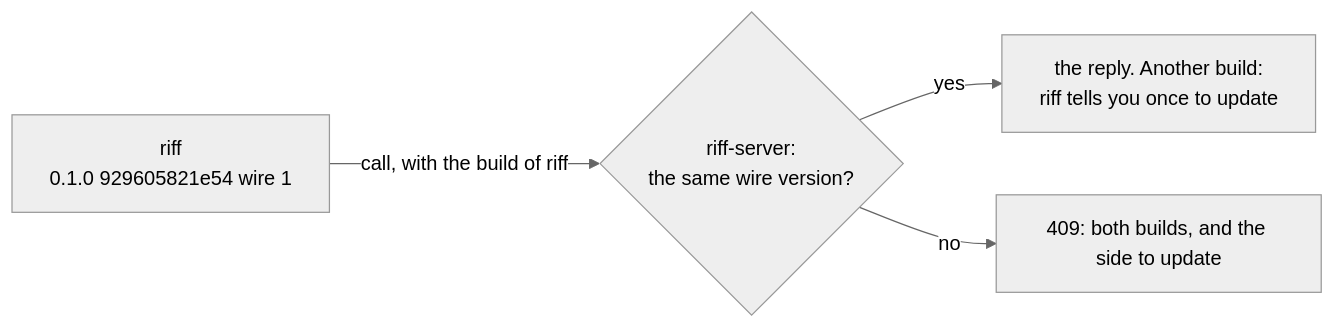
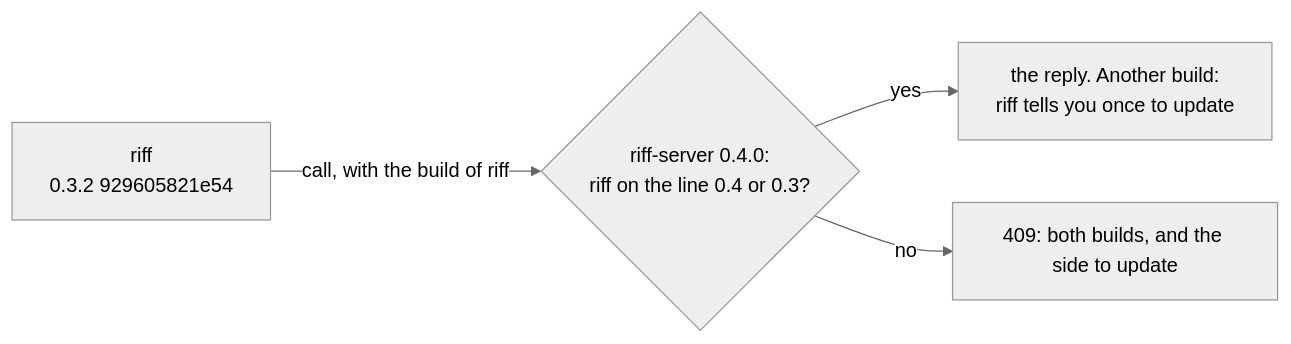
The fourth of 29 diagrams in docs/src/how-it-works.md (como-technologies/riff), drawn with Mermaid (neutral theme) before and after one commit. The commit also changed other lines of this file and 18 other files, not shown here.

````diff
--- a/docs/src/how-it-works.md
+++ b/docs/src/how-it-works.md
@@ -124,6 +137,6 @@
 ```mermaid
 flowchart LR
-    R["riff<br/>0.1.0 929605821e54 wire 1"] -- "call, with the build of riff" --> S{"riff-server:<br/>the same wire version?"}
+    R["riff<br/>0.3.2 929605821e54"] -- "call, with the build of riff" --> S{"riff-server 0.4.0:<br/>riff on the line 0.4 or 0.3?"}
     S -- yes --> OK["the reply. Another build:<br/>riff tells you once to update"]
     S -- no --> E["409: both builds, and the side to update"]
 ```
````
